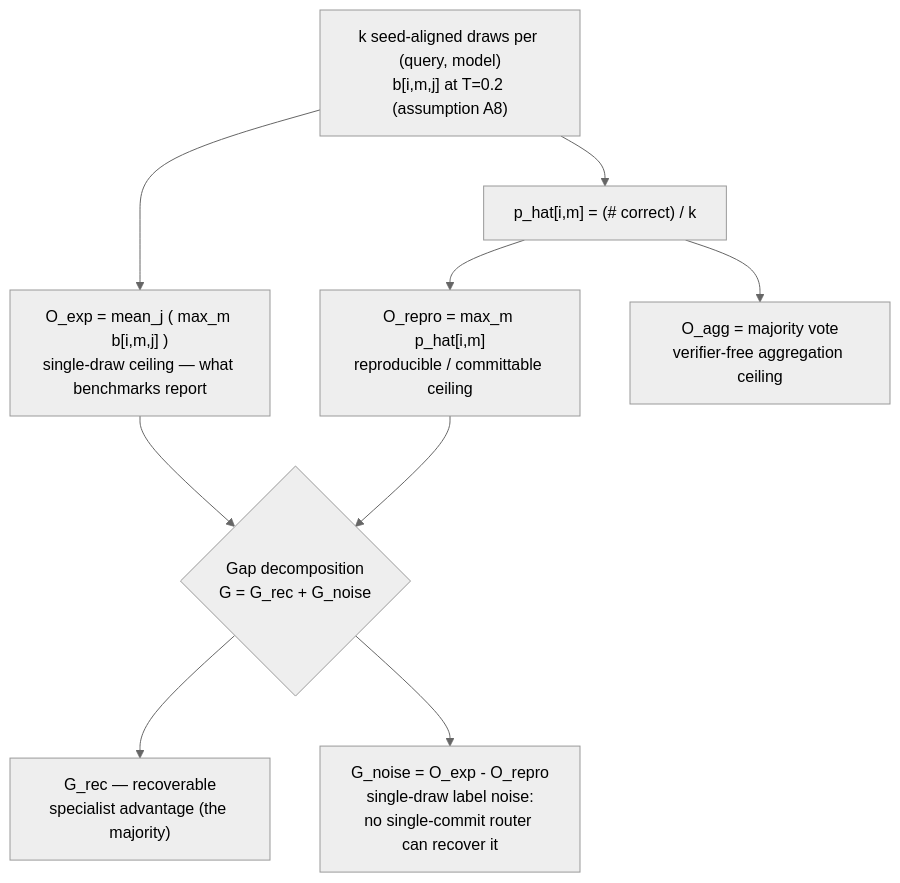
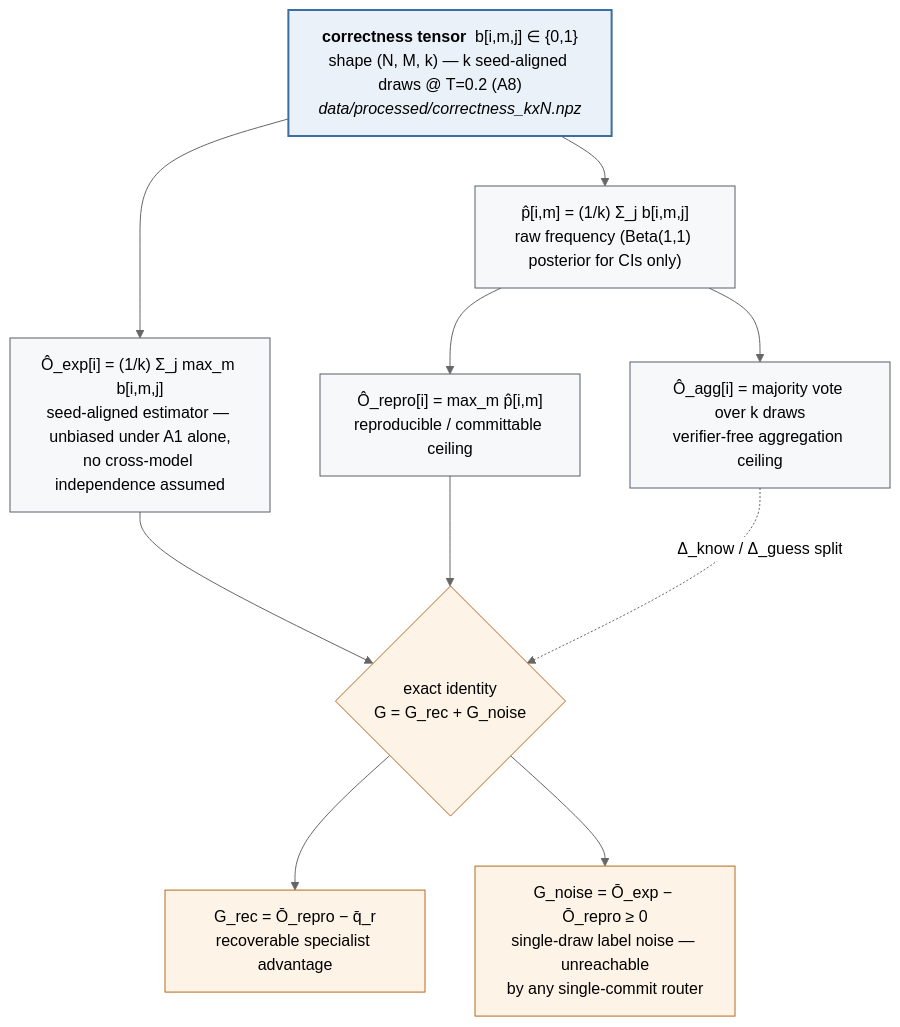
Before and after one commit to luka-krixvon/routing-oracle-experiment: the first of 3 diagrams in README.md, drawn with Mermaid (neutral theme). The commit also changed other lines of this file, not shown here.

First line of the commit message:
docs: upgrade README flowcharts to engineering detail

````diff
--- a/README.md
+++ b/README.md
@@ -52,11 +52,17 @@
 ```mermaid
 flowchart TD
-    T["k seed-aligned draws per (query, model)<br/>b[i,m,j] at T=0.2 (assumption A8)"] --> PE["p_hat[i,m] = (# correct) / k"]
-    T --> OE["O_exp = mean_j ( max_m b[i,m,j] )<br/>single-draw ceiling — what benchmarks report"]
-    PE --> OR["O_repro = max_m p_hat[i,m]<br/>reproducible / committable ceiling"]
-    PE --> OA["O_agg = majority vote<br/>verifier-free aggregation ceiling"]
-    OE --> DEC{"Gap decomposition<br/>G = G_rec + G_noise"}
+    T["<b>correctness tensor</b>  b[i,m,j] ∈ {0,1}<br/>shape (N, M, k) — k seed-aligned draws @ T=0.2 (A8)<br/><i>data/processed/correctness_kxN.npz</i>"]
+    T --> PE["p̂[i,m] = (1/k) Σ_j b[i,m,j]<br/>raw frequency (Beta(1,1) posterior for CIs only)"]
+    T --> OE["Ô_exp[i] = (1/k) Σ_j max_m b[i,m,j]<br/>seed-aligned estimator — unbiased under A1 alone,<br/>no cross-model independence assumed"]
+    PE --> OR["Ô_repro[i] = max_m p̂[i,m]<br/>reproducible / committable ceiling"]
+    PE --> OA["Ô_agg[i] = majority vote over k draws<br/>verifier-free aggregation ceiling"]
+    OE --> DEC{"exact identity<br/>G = G_rec + G_noise"}
     OR --> DEC
-    DEC --> GR["G_rec — recoverable<br/>specialist advantage (the majority)"]
-    DEC --> GN["G_noise = O_exp - O_repro<br/>single-draw label noise:<br/>no single-commit router can recover it"]
+    DEC --> GR["G_rec = Ō_repro − q̄_r<br/>recoverable specialist advantage"]
+    DEC --> GN["G_noise = Ō_exp − Ō_repro ≥ 0<br/>single-draw label noise — unreachable<br/>by any single-commit router"]
+    OA -.->|"Δ_know / Δ_guess split"| DEC
+    classDef data fill:#eaf1f8,stroke:#3b6ea5,stroke-width:2px;
+    classDef est fill:#f6f8fa,stroke:#57606a;
+    classDef out fill:#fdf3e7,stroke:#b46a1e;
+    class T data; class PE,OE,OR,OA est; class DEC,GR,GN out;
 ```
````
